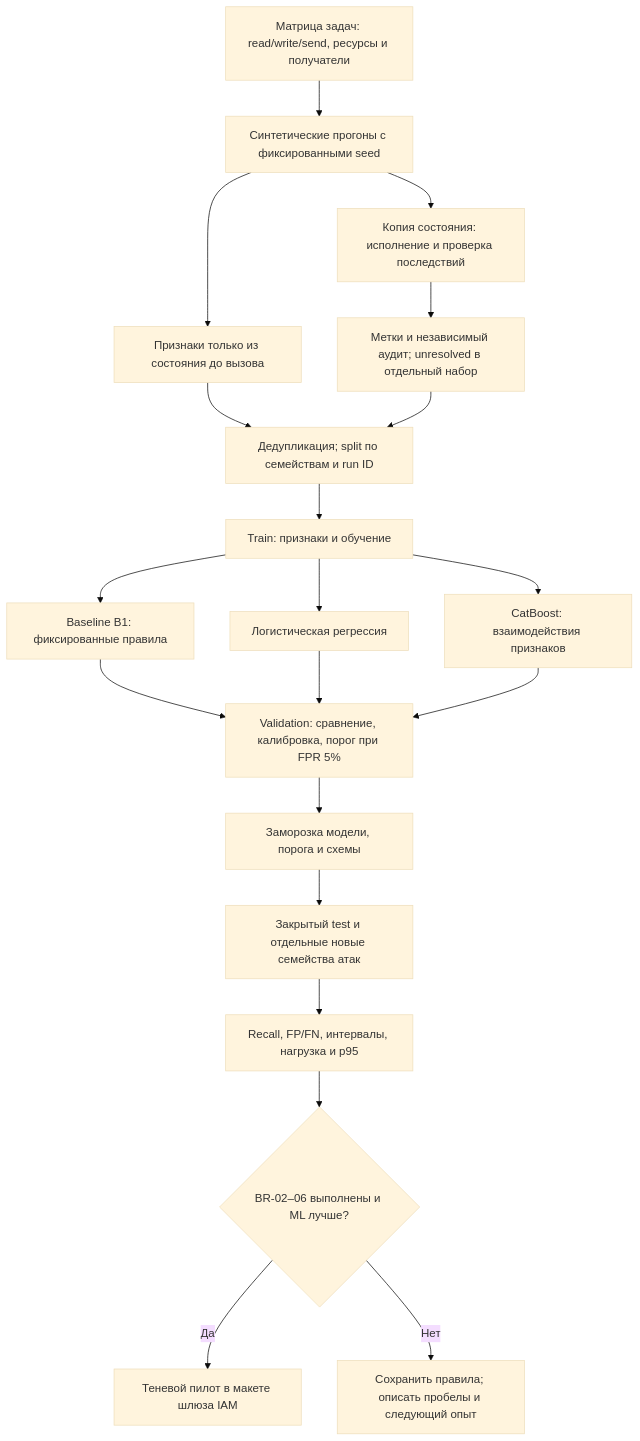
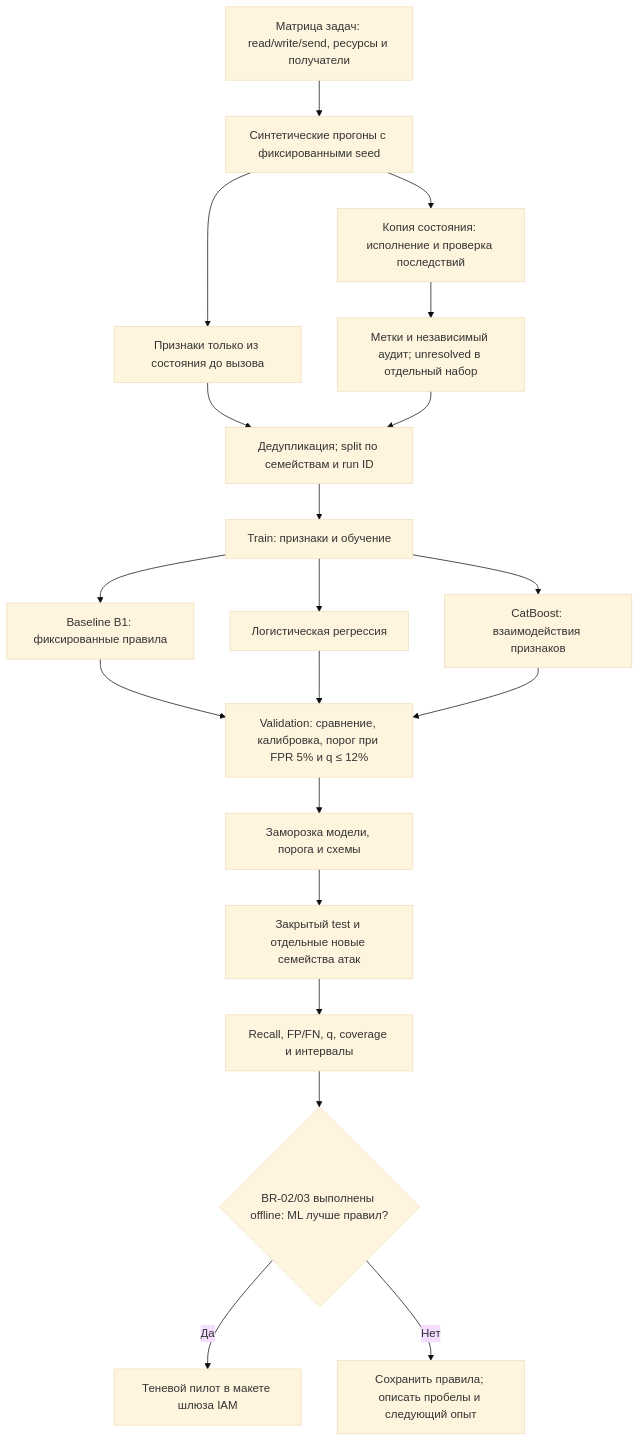
Before and after one commit to burdygin/itmo-mlsd-agent-risk: the first of 2 diagrams in docs/ml_system_design_doc.md, drawn with Mermaid (base theme). The commit also changed other lines of this file and 1 other file, not shown here.

````diff
--- a/docs/ml_system_design_doc.md
+++ b/docs/ml_system_design_doc.md
@@ -253,22 +293,22 @@
 ```mermaid
 flowchart TD
     S[Матрица задач: read/write/send, ресурсы и получатели] --> G[Синтетические прогоны с фиксированными seed]
     G --> X[Признаки только из состояния до вызова]
     G --> O[Копия состояния: исполнение и проверка последствий]
     O --> Y[Метки и независимый аудит; unresolved в отдельный набор]
     X --> D[Дедупликация; split по семействам и run ID]
     Y --> D
     D --> T[Train: признаки и обучение]
     T --> B[Baseline B1: фиксированные правила]
     T --> L[Логистическая регрессия]
     T --> C[CatBoost: взаимодействия признаков]
-    B --> V[Validation: сравнение, калибровка, порог при FPR 5%]
+    B --> V[Validation: сравнение, калибровка, порог при FPR 5% и q ≤ 12%]
     L --> V
     C --> V
     V --> F[Заморозка модели, порога и схемы]
     F --> E[Закрытый test и отдельные новые семейства атак]
-    E --> R[Recall, FP/FN, интервалы, нагрузка и p95]
-    R --> Q{BR-02–06 выполнены и ML лучше?}
+    E --> R[Recall, FP/FN, q, coverage и интервалы]
+    R --> Q{BR-02/03 выполнены offline: ML лучше правил?}
     Q -->|Да| P[Теневой пилот в макете шлюза IAM]
     Q -->|Нет| N[Сохранить правила; описать пробелы и следующий опыт]
 ```
````
